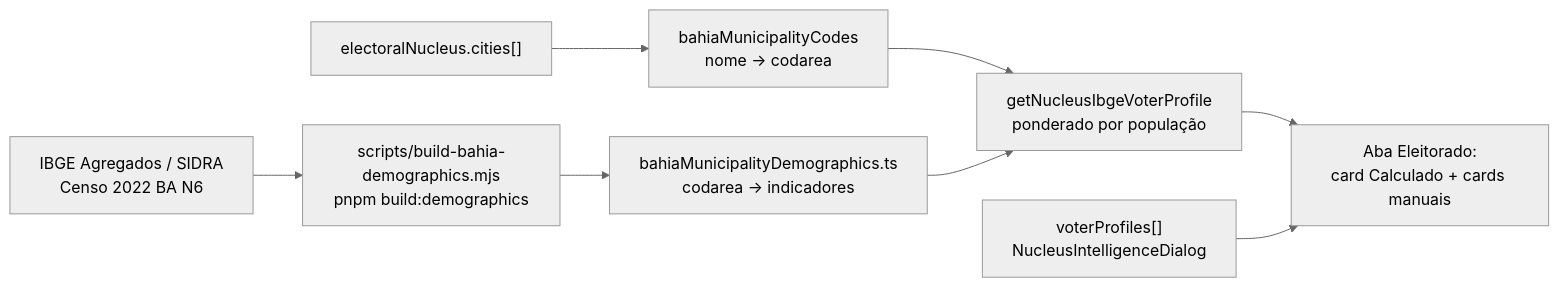
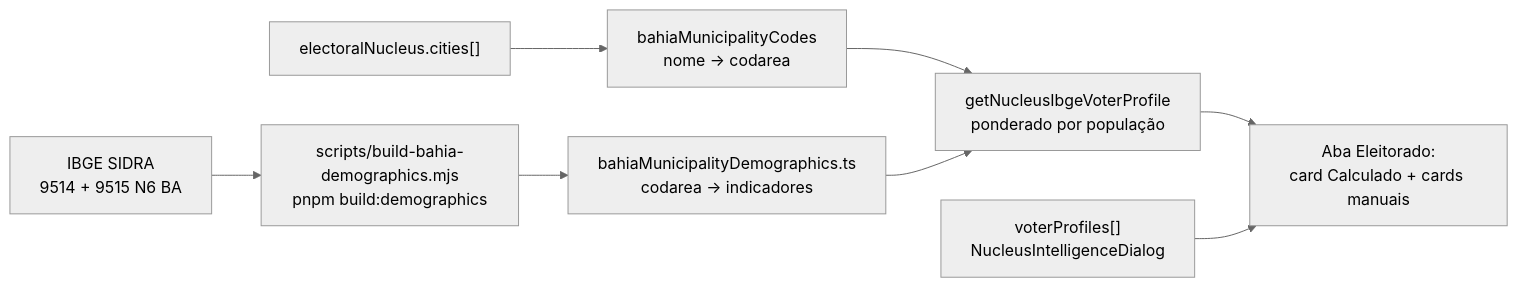
Before and after one commit to fsolla/teqo: the diagram in docs/plans/perfil-eleitorado-ibge.md, drawn with Mermaid (neutral theme). The commit also changed other lines of this file and 20 other files, not shown here.

````diff
--- a/docs/plans/perfil-eleitorado-ibge.md
+++ b/docs/plans/perfil-eleitorado-ibge.md
@@ -42,15 +40,15 @@
 ```mermaid
 flowchart LR
-    SIDRA["IBGE Agregados / SIDRA<br/>Censo 2022 BA N6"]
+    SIDRA["IBGE SIDRA<br/>9514 + 9515 N6 BA"]
     Script["scripts/build-bahia-demographics.mjs<br/>pnpm build:demographics"]
     Static["bahiaMunicipalityDemographics.ts<br/>codarea → indicadores"]
     Nuc["electoralNucleus.cities[]"]
     Codes["bahiaMunicipalityCodes<br/>nome → codarea"]
     Derive["getNucleusIbgeVoterProfile<br/>ponderado por população"]
     UI["Aba Eleitorado:<br/>card Calculado + cards manuais"]
     Manual["voterProfiles[]<br/>NucleusIntelligenceDialog"]
     SIDRA --> Script --> Static
     Nuc --> Codes --> Derive
     Static --> Derive --> UI
     Manual --> UI
 ```
````
